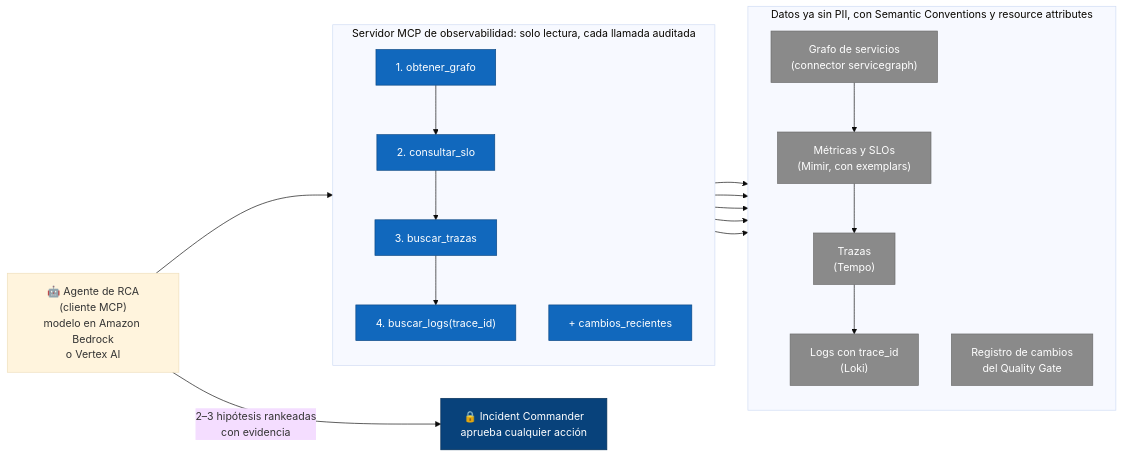
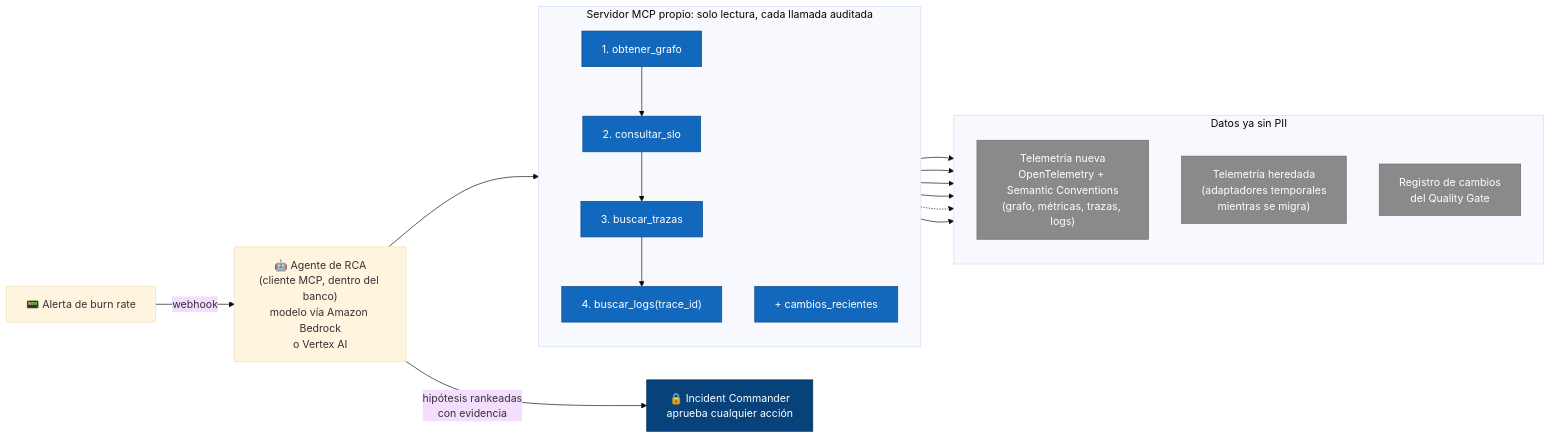
Before and after one commit to locosebas/necesidadesYGrafos: the eighth of 12 diagrams in devops-senior/temas/25-davivienda-sre-observabilidad/presentacion-libreto.md, drawn with Mermaid (base theme). The commit also changed other lines of this file, not shown here.

Commit message:
Reescribir el libreto (versión 2) con las decisiones revisadas del análisis de alternativas

````diff
--- a/devops-senior/temas/25-davivienda-sre-observabilidad/presentacion-libreto.md
+++ b/devops-senior/temas/25-davivienda-sre-observabilidad/presentacion-libreto.md
@@ -542,39 +584,37 @@
 ```mermaid
 flowchart LR
-    agente["🤖 Agente de RCA<br/>(cliente MCP)<br/>modelo en Amazon Bedrock<br/>o Vertex AI"]
+    alerta["📟 Alerta de burn rate"] -- "webhook" --> agente["🤖 Agente de RCA<br/>(cliente MCP, dentro del banco)<br/>modelo vía Amazon Bedrock<br/>o Vertex AI"]
 
-    subgraph mcp["Servidor MCP de observabilidad: solo lectura, cada llamada auditada"]
+    subgraph mcp["Servidor MCP propio: solo lectura, cada llamada auditada"]
         direction TB
         t1["1. obtener_grafo"]
         t2["2. consultar_slo"]
         t3["3. buscar_trazas"]
         t4["4. buscar_logs(trace_id)"]
         t5["+ cambios_recientes"]
         t1 --> t2 --> t3 --> t4
     end
 
-    subgraph datos["Datos ya sin PII, con Semantic Conventions y resource attributes"]
+    subgraph datos["Datos ya sin PII"]
         direction TB
-        grafo["Grafo de servicios<br/>(connector servicegraph)"]
-        met["Métricas y SLOs<br/>(Mimir, con exemplars)"]
-        tr["Trazas<br/>(Tempo)"]
-        lg["Logs con trace_id<br/>(Loki)"]
+        nuevo["Telemetría nueva<br/>OpenTelemetry + Semantic Conventions<br/>(grafo, métricas, trazas, logs)"]
+        viejo["Telemetría heredada<br/>(adaptadores temporales<br/>mientras se migra)"]
         cambios["Registro de cambios<br/>del Quality Gate"]
-        grafo --> met --> tr --> lg
     end
 
     agente --> mcp
-    t1 --> grafo
-    t2 --> met
-    t3 --> tr
-    t4 --> lg
+    t1 --> nuevo
+    t2 --> nuevo
+    t3 --> nuevo
+    t4 --> nuevo
+    t4 -.-> viejo
     t5 --> cambios
-    agente -- "2–3 hipótesis rankeadas<br/>con evidencia" --> ic["🔒 Incident Commander<br/>aprueba cualquier acción"]
+    agente -- "hipótesis rankeadas<br/>con evidencia" --> ic["🔒 Incident Commander<br/>aprueba cualquier acción"]
 
     classDef tool fill:#1168bd,stroke:#0b4884,color:#ffffff
     classDef dato fill:#8a8a8a,stroke:#6b6b6b,color:#ffffff
     classDef humano fill:#08427b,stroke:#052e56,color:#ffffff
     class t1,t2,t3,t4,t5 tool
-    class grafo,met,tr,lg,cambios dato
+    class nuevo,viejo,cambios dato
     class ic humano
 ```
````
